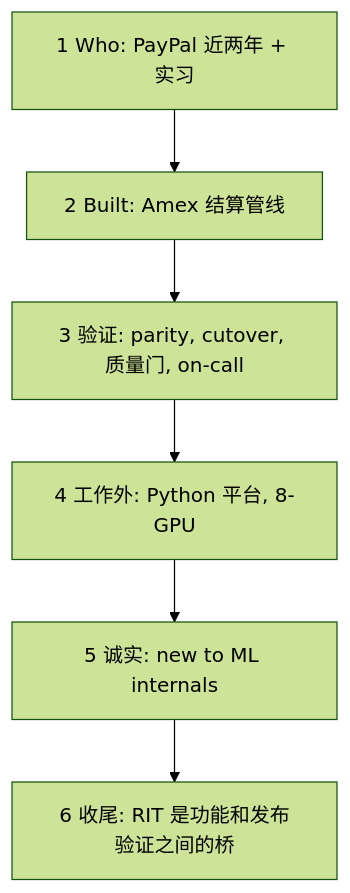
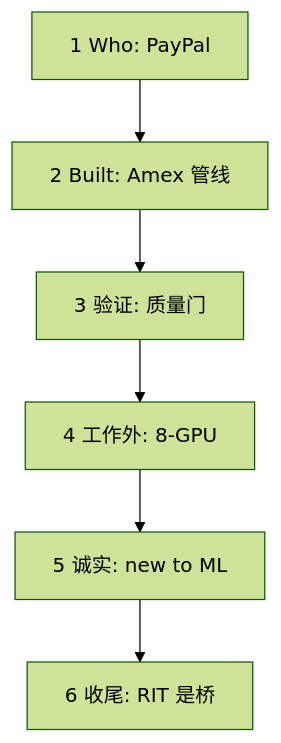
One commit to ChiChasesCheese/trellis changed the diagram in vault/interviews/companies/cerebras/deck/cards/hm/cbr-hm-intro-2min.md. Above: the diagram before and after it, drawn with Mermaid (forest theme). The commit also changed 27 other files, not shown here.

First line of the commit message:
Cerebras HM prep: phone-sized diagrams and two corrected facts in the 100 cards for the hiring-manager round

````diff
--- a/vault/interviews/companies/cerebras/deck/cards/hm/cbr-hm-intro-2min.md
+++ b/vault/interviews/companies/cerebras/deck/cards/hm/cbr-hm-intro-2min.md
@@ -22,8 +22,8 @@
 ```mermaid
 flowchart TD
-    A["1 Who: PayPal 近两年 + 实习"] --> B["2 Built: Amex 结算管线"]
-    B --> C["3 验证: parity, cutover, 质量门, on-call"]
-    C --> D["4 工作外: Python 平台, 8-GPU"]
-    D --> E["5 诚实: new to ML internals"]
-    E --> F["6 收尾: RIT 是功能和发布验证之间的桥"]
+    A["1 Who: PayPal"] --> B["2 Built: Amex 管线"]
+    B --> C["3 验证: 质量门"]
+    C --> D["4 工作外: 8-GPU"]
+    D --> E["5 诚实: new to ML"]
+    E --> F["6 收尾: RIT 是桥"]
 ```
````
